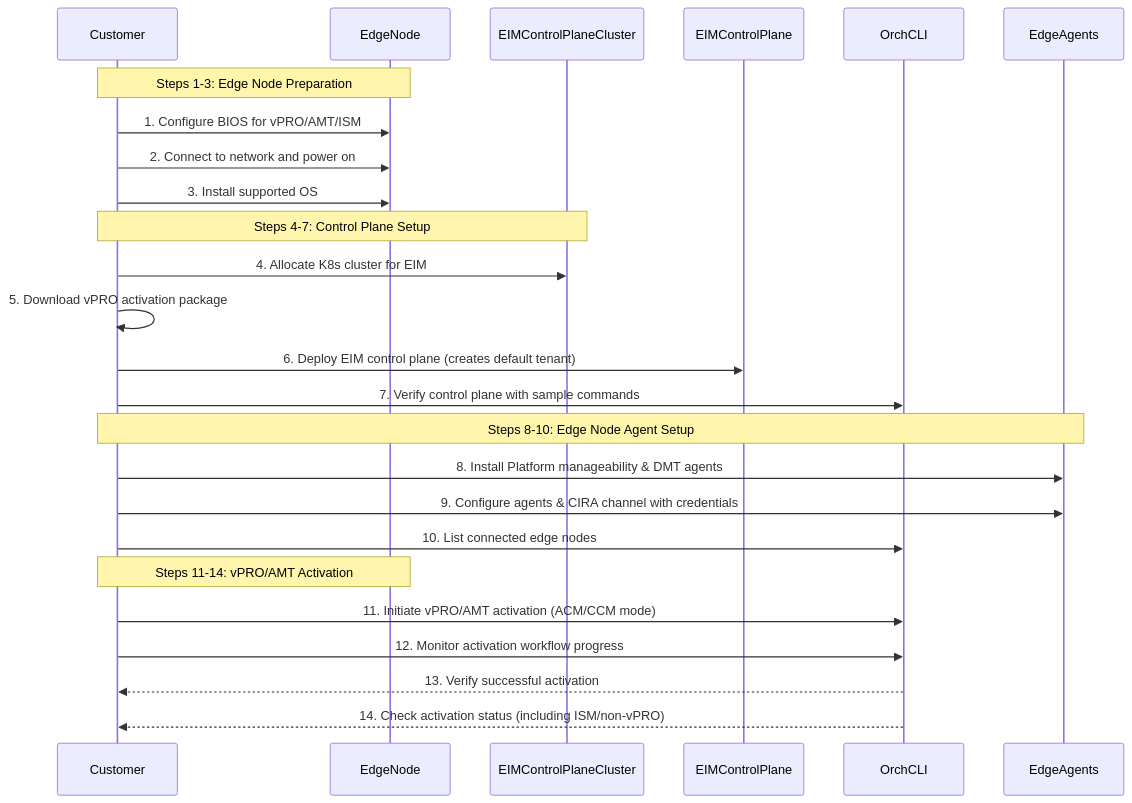
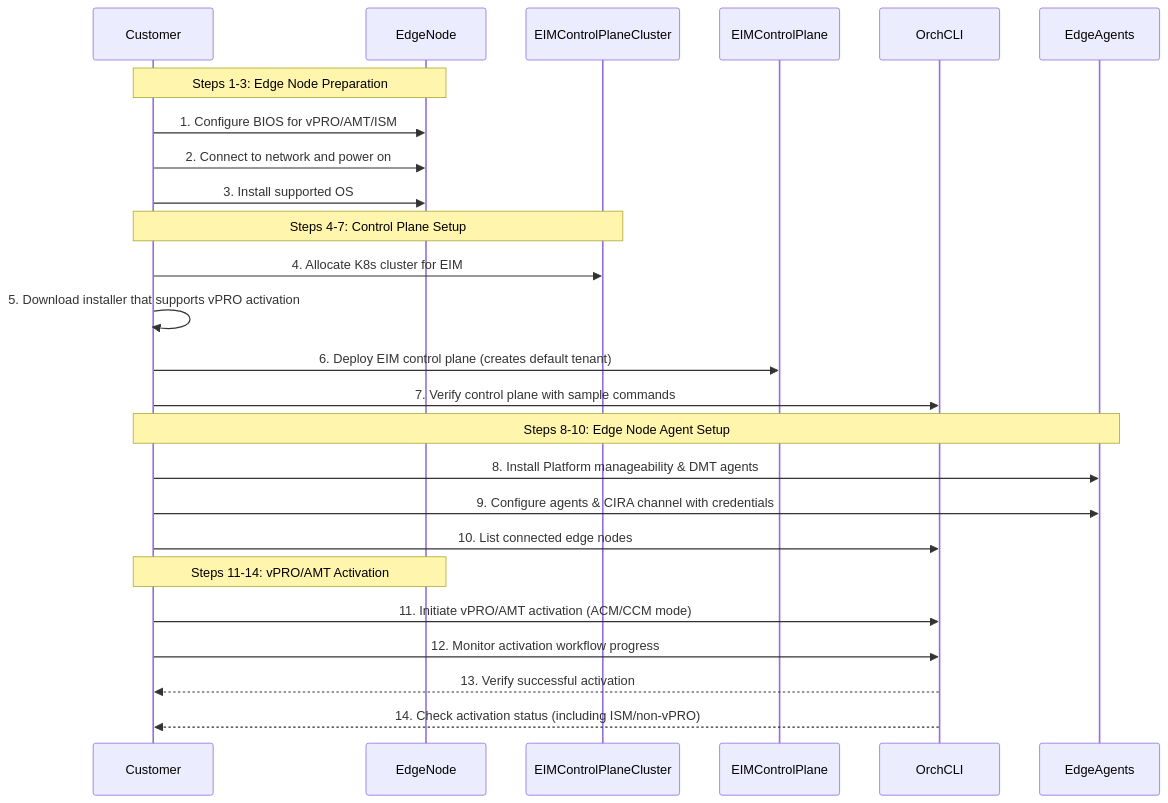
One commit to open-edge-platform/edge-manageability-framework changed the first of 3 diagrams in design-proposals/eim-modular-2600-workflows.md. Above: the diagram before and after it, drawn with Mermaid. The commit also changed other lines of this file, not shown here.

````diff
--- a/design-proposals/eim-modular-2600-workflows.md
+++ b/design-proposals/eim-modular-2600-workflows.md
@@ -75,31 +81,31 @@
 ```mermaid
 sequenceDiagram
   participant Customer
   participant EdgeNode
   participant EIMControlPlaneCluster
   participant EIMControlPlane
   participant OrchCLI
   participant EdgeAgents
 
   Note over Customer,EdgeNode: Steps 1-3: Edge Node Preparation
   Customer->>EdgeNode: 1. Configure BIOS for vPRO/AMT/ISM
   Customer->>EdgeNode: 2. Connect to network and power on
   Customer->>EdgeNode: 3. Install supported OS
 
   Note over Customer,EIMControlPlaneCluster: Steps 4-7: Control Plane Setup
   Customer->>EIMControlPlaneCluster: 4. Allocate K8s cluster for EIM
-  Customer->>Customer: 5. Download vPRO activation package
+  Customer->>Customer: 5. Download installer that supports vPRO activation
   Customer->>EIMControlPlane: 6. Deploy EIM control plane (creates default tenant)
   Customer->>OrchCLI: 7. Verify control plane with sample commands
 
   Note over Customer,EdgeAgents: Steps 8-10: Edge Node Agent Setup
   Customer->>EdgeAgents: 8. Install Platform manageability & DMT agents
   Customer->>EdgeAgents: 9. Configure agents & CIRA channel with credentials
   Customer->>OrchCLI: 10. List connected edge nodes
 
   Note over Customer,EdgeNode: Steps 11-14: vPRO/AMT Activation
   Customer->>OrchCLI: 11. Initiate vPRO/AMT activation (ACM/CCM mode)
   Customer->>OrchCLI: 12. Monitor activation workflow progress
   OrchCLI-->>Customer: 13. Verify successful activation
   OrchCLI-->>Customer: 14. Check activation status (including ISM/non-vPRO)
 ```
````
